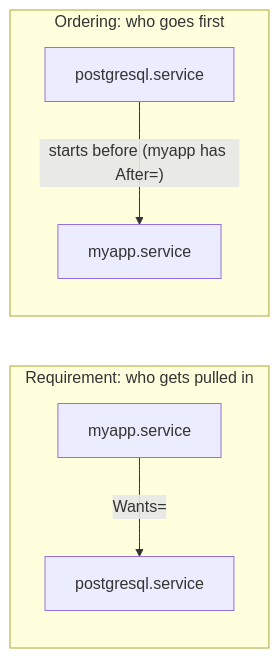
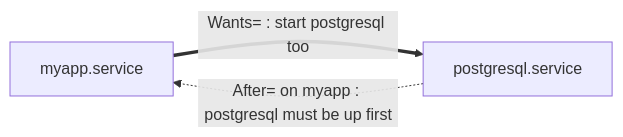
The third of 4 diagrams in content/07-systemd-and-services.md (ssimpson89/LinuxTrainingCourse), drawn with Mermaid before and after one commit. The commit also changed other lines of this file and 3 other files, not shown here.

````diff
--- a/content/07-systemd-and-services.md
+++ b/content/07-systemd-and-services.md
@@ -519,9 +519,5 @@
 ```mermaid
 flowchart LR
-    subgraph "Requirement: who gets pulled in"
-      A1["myapp.service"] -- "Wants=" --> B1["postgresql.service"]
-    end
-    subgraph "Ordering: who goes first"
-      B2["postgresql.service"] -- "starts before (myapp has After=)" --> A2["myapp.service"]
-    end
+    A["myapp.service"] == "Wants= : start postgresql too" ==> B["postgresql.service"]
+    B -. "After= on myapp : postgresql must be up first" .-> A
 ```
````
